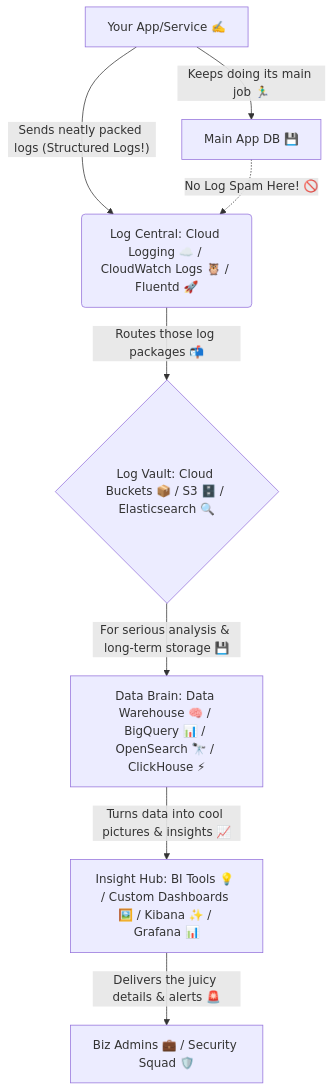
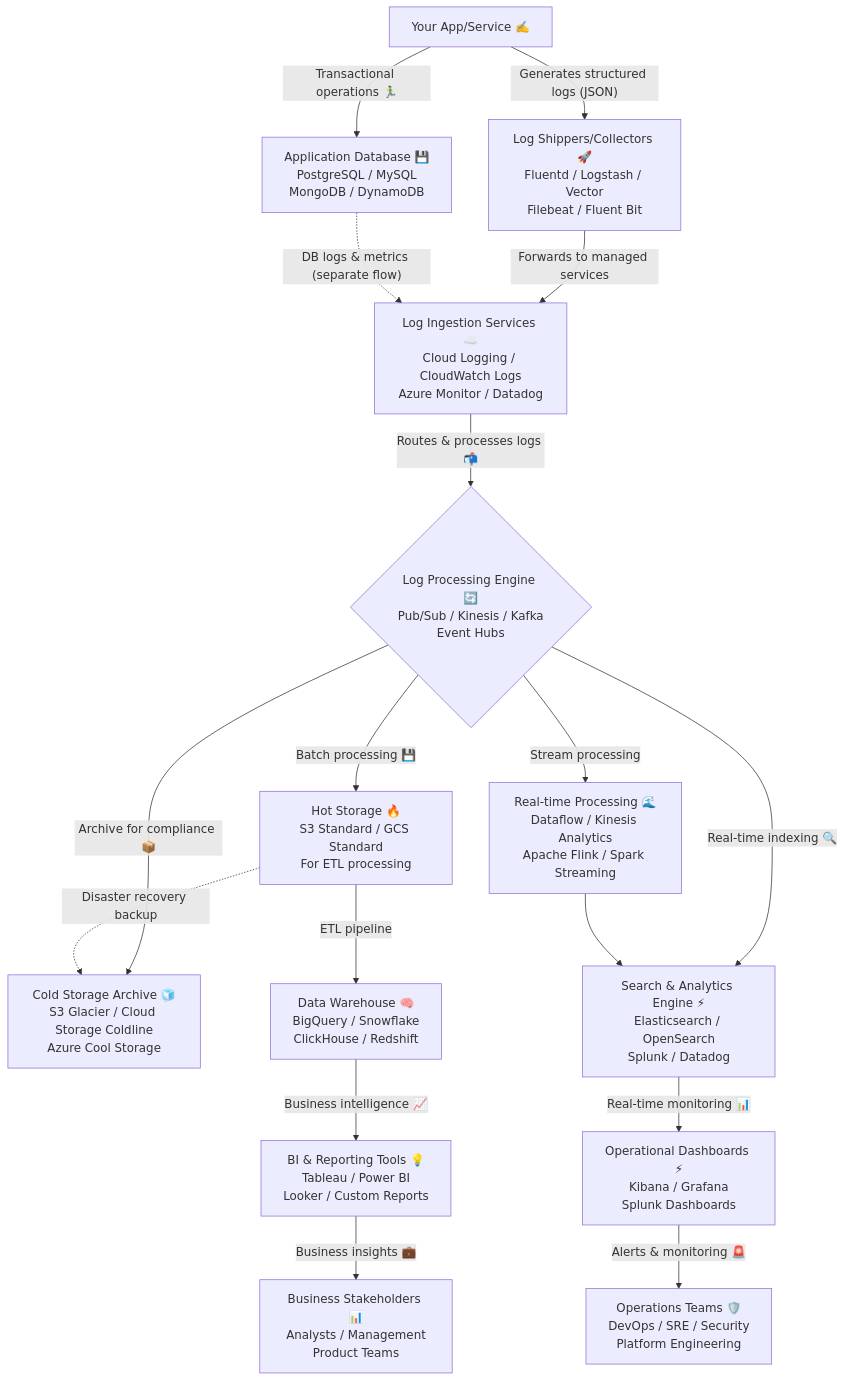
One commit to ehabterra/ehabterra.github.io changed the second of 2 diagrams in _posts/2025-06-03-audit_log.md. Above: the diagram before and after it, drawn with Mermaid. The commit also changed other lines of this file, not shown here.

````diff
--- a/_posts/2025-06-03-audit_log.md
+++ b/_posts/2025-06-03-audit_log.md
@@ -117,10 +128,45 @@
 ```mermaid
 graph TD
-    A[Your App/Service ✍️] -- Sends neatly packed logs (Structured Logs!) --> B(Log Central: Cloud Logging ☁️ / CloudWatch Logs 🦉 / Fluentd 🚀)
-B -- Routes those log packages 📬 --> C{Log Vault: Cloud Buckets 📦 / S3 🗄️ / Elasticsearch 🔍}
-C -- For serious analysis & long-term storage 💾 --> D[Data Brain: Data Warehouse 🧠 / BigQuery 📊 / OpenSearch 🔭 / ClickHouse ⚡]
-D -- Turns data into cool pictures & insights 📈 --> E[Insight Hub: BI Tools 💡 / Custom Dashboards 🖼️ / Kibana ✨ / Grafana 📊]
-E -- Delivers the juicy details & alerts 🚨 --> F[Biz Admins 💼 / Security Squad 🛡️]
-A -- Keeps doing its main job 🏃‍♂️ --> G[Main App DB 💾]
-G -. "No Log Spam Here!" 🚫 .-> B
+%% Application Layer
+   A[Your App/Service ✍️] -- "Generates structured logs (JSON)" --> Z[Log Shippers/Collectors 🚀<br/>Fluentd / Logstash / Vector<br/>Filebeat / Fluent Bit]
+
+%% Ingestion Layer
+Z -- "Forwards to managed services" --> B[Log Ingestion Services ☁️<br/>Cloud Logging / CloudWatch Logs<br/>Azure Monitor / Datadog]
+
+%% Processing & Routing Hub
+B -- "Routes & processes logs 📬" --> C{Log Processing Engine 🔄<br/>Pub/Sub / Kinesis / Kafka<br/>Event Hubs}
+
+%% Storage Paths
+C -- "Archive for compliance 📦" --> D[Cold Storage Archive 🧊<br/>S3 Glacier / Cloud Storage Coldline<br/>Azure Cool Storage]
+
+C -- "Real-time indexing 🔍" --> E[Search & Analytics Engine ⚡<br/>Elasticsearch / OpenSearch<br/>Splunk / Datadog]
+
+C -- "Batch processing 💾" --> F[Hot Storage 🔥<br/>S3 Standard / GCS Standard<br/>For ETL processing]
+
+%% Analytics Layer
+F -- "ETL pipeline" --> G[Data Warehouse 🧠<br/>BigQuery / Snowflake<br/>ClickHouse / Redshift]
+
+%% Visualization Layer
+E -- "Real-time monitoring 📊" --> H[Operational Dashboards ⚡<br/>Kibana / Grafana<br/>Splunk Dashboards]
+
+G -- "Business intelligence 📈" --> I[BI & Reporting Tools 💡<br/>Tableau / Power BI<br/>Looker / Custom Reports]
+
+%% User Groups
+H -- "Alerts & monitoring 🚨" --> J[Operations Teams 🛡️<br/>DevOps / SRE / Security<br/>Platform Engineering]
+
+I -- "Business insights 💼" --> K[Business Stakeholders 📊<br/>Analysts / Management<br/>Product Teams]
+
+%% Application Data Flow
+A -- "Transactional operations 🏃‍♂️" --> L[Application Database 💾<br/>PostgreSQL / MySQL<br/>MongoDB / DynamoDB]
+
+%% Database Logs Integration
+L -.-> |"DB logs & metrics (separate flow)"| B
+
+%% Backup & Disaster Recovery
+F -.-> |"Disaster recovery backup"| D
+
+%% Real-time Streaming Path
+C -- "Stream processing" --> M[Real-time Processing 🌊<br/>Dataflow / Kinesis Analytics<br/>Apache Flink / Spark Streaming]
+
+M --> E
 ```
````
